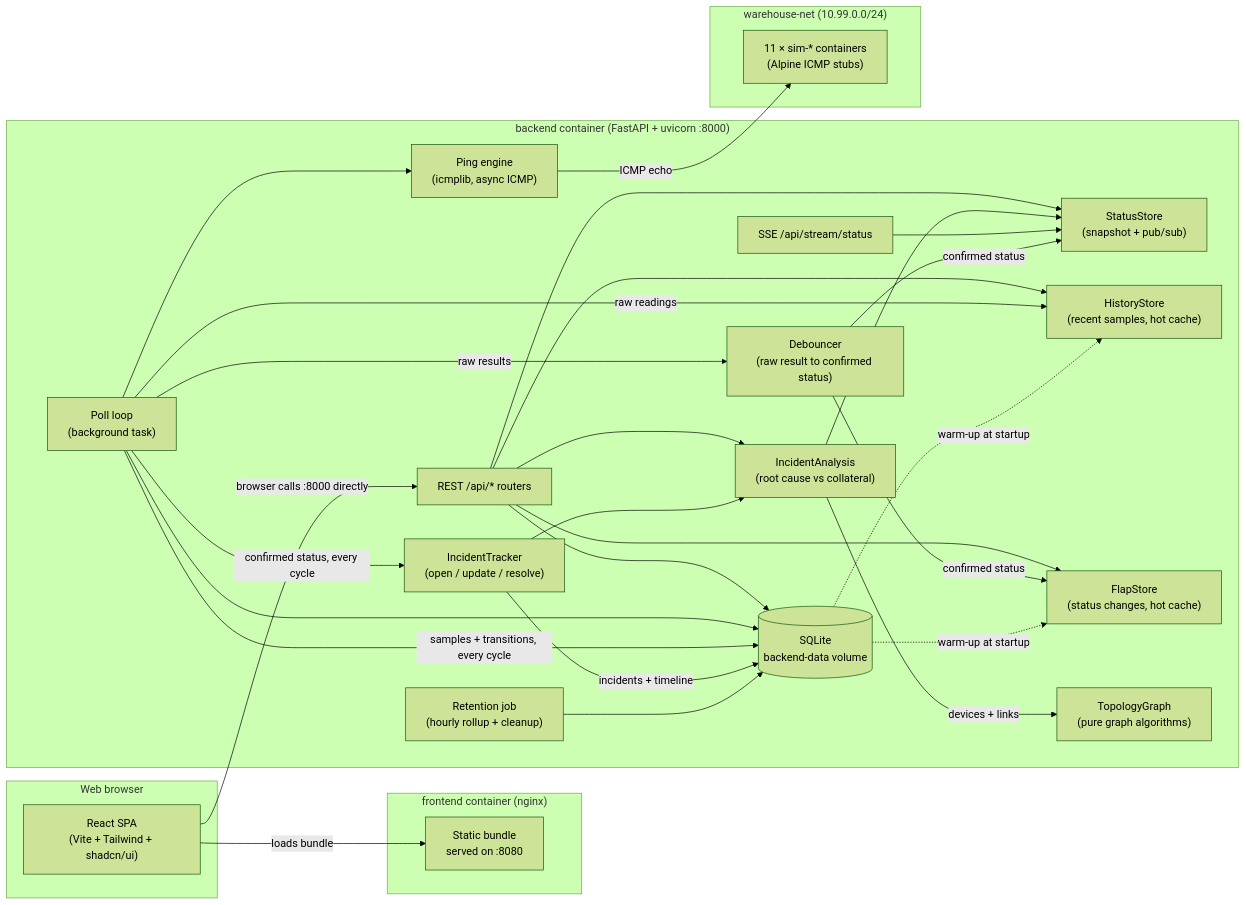
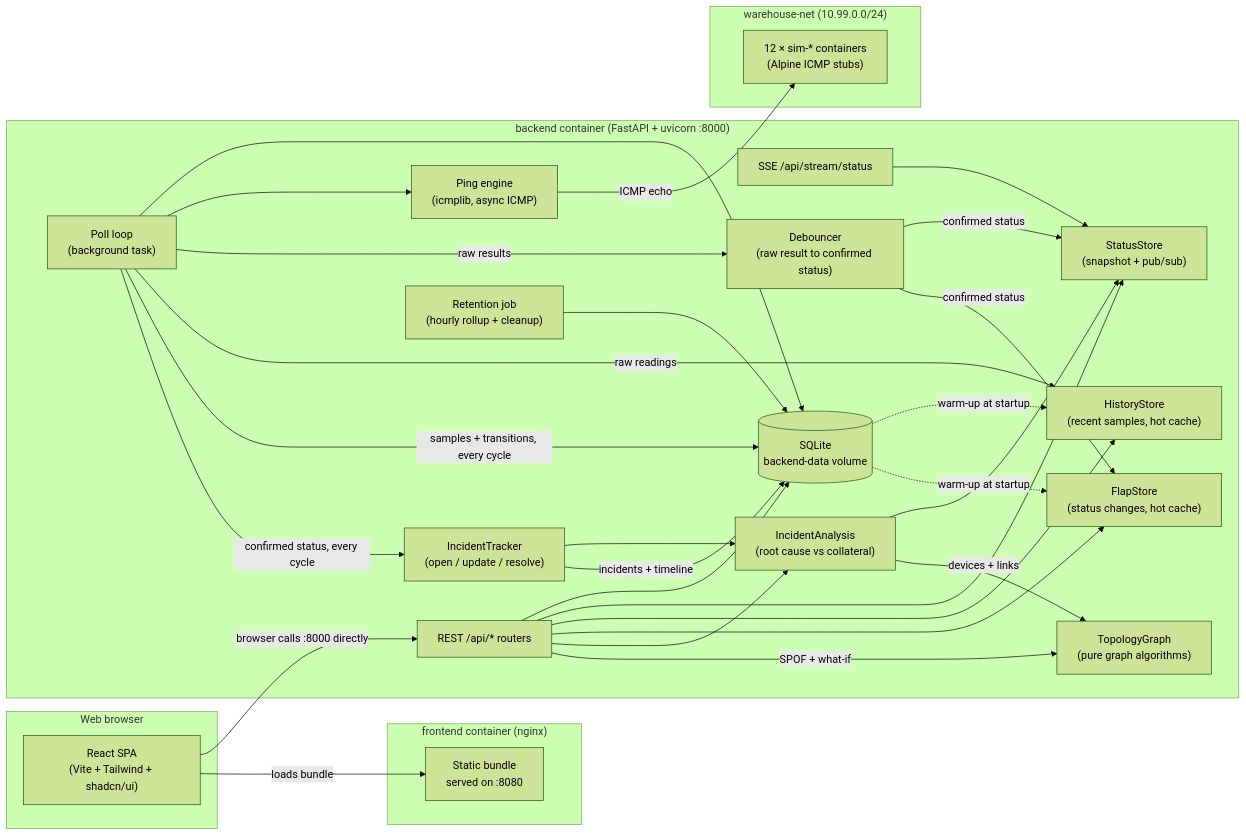
The first of 10 diagrams in README.md (dumbL4d/network-analyser), drawn with Mermaid (forest theme) before and after one commit. The commit also changed other lines of this file and 28 other files, not shown here.

First line of the commit message:
feat: add redundant links, SPOF analysis and what-if simulation

````diff
--- a/README.md
+++ b/README.md
@@ -49,56 +52,57 @@
 ```mermaid
 flowchart LR
     subgraph Browser["Web browser"]
         UI["React SPA<br/>(Vite + Tailwind + shadcn/ui)"]
     end
 
     subgraph FrontendContainer["frontend container (nginx)"]
         STATIC["Static bundle<br/>served on :8080"]
     end
 
     subgraph BackendContainer["backend container (FastAPI + uvicorn :8000)"]
         API["REST /api/* routers"]
         SSE["SSE /api/stream/status"]
         POLL["Poll loop<br/>(background task)"]
         PING["Ping engine<br/>(icmplib, async ICMP)"]
         DEB["Debouncer<br/>(raw result to confirmed status)"]
         ST["StatusStore<br/>(snapshot + pub/sub)"]
         HS["HistoryStore<br/>(recent samples, hot cache)"]
         FS["FlapStore<br/>(status changes, hot cache)"]
         IA["IncidentAnalysis<br/>(root cause vs collateral)"]
         TG["TopologyGraph<br/>(pure graph algorithms)"]
         TRK["IncidentTracker<br/>(open / update / resolve)"]
         RET["Retention job<br/>(hourly rollup + cleanup)"]
         DB[("SQLite<br/>backend-data volume")]
     end
 
     subgraph SimNet["warehouse-net (10.99.0.0/24)"]
-        SIM["11 × sim-* containers<br/>(Alpine ICMP stubs)"]
+        SIM["12 × sim-* containers<br/>(Alpine ICMP stubs)"]
     end
 
     UI -- "browser calls :8000 directly" --> API
     API --> DB
     API --> ST
     API --> HS
     API --> FS
     API --> IA
+    API -- "SPOF + what-if" --> TG
     IA --> ST
     IA -- "devices + links" --> TG
     SSE --> ST
     POLL --> DB
     POLL --> PING
     PING -- "ICMP echo" --> SIM
     POLL -- "raw results" --> DEB
     DEB -- "confirmed status" --> ST
     DEB -- "confirmed status" --> FS
     POLL -- "raw readings" --> HS
     POLL -- "samples + transitions, every cycle" --> DB
     POLL -- "confirmed status, every cycle" --> TRK
     TRK --> IA
     TRK -- "incidents + timeline" --> DB
     RET --> DB
     DB -. warm-up at startup .-> HS
     DB -. warm-up at startup .-> FS
 
     UI -- "loads bundle" --> STATIC
 ```
````
